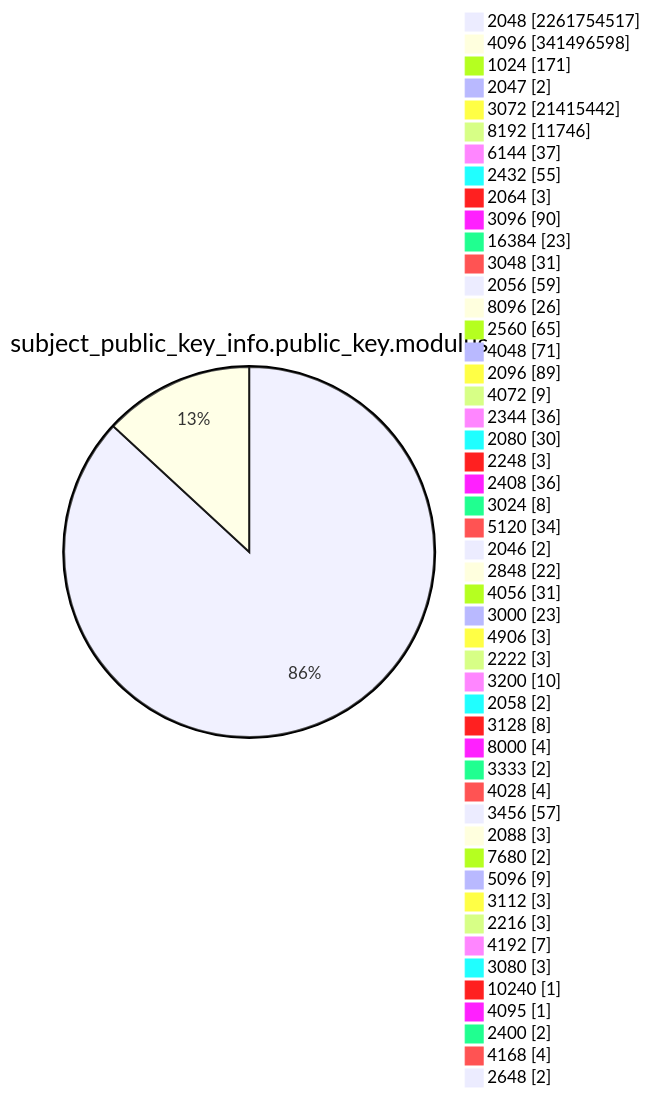
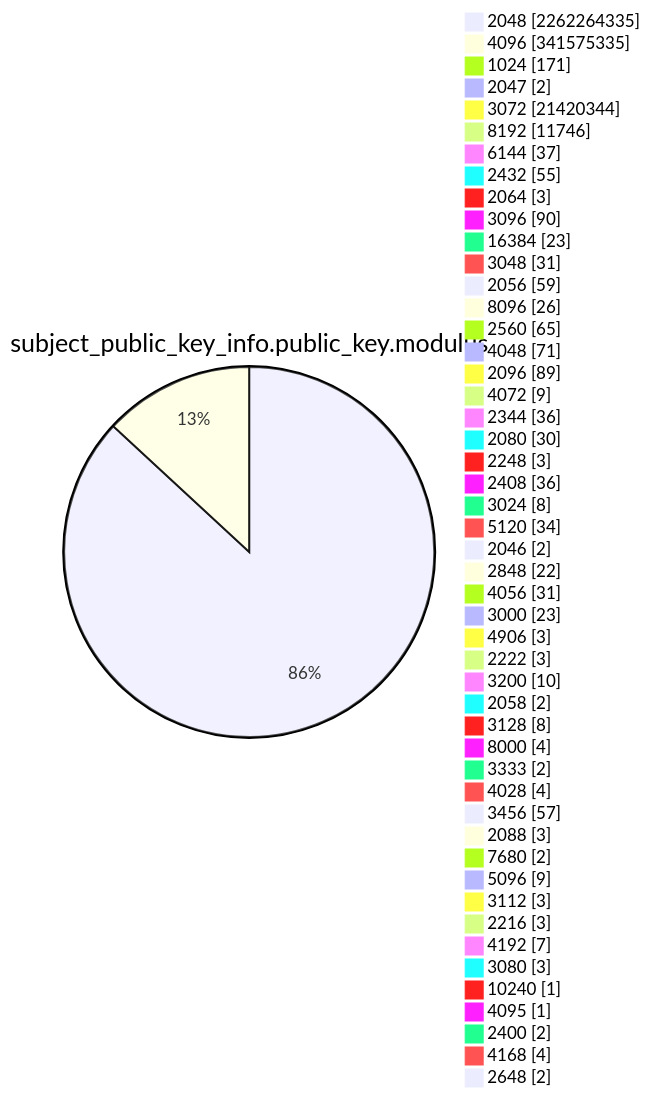
Diagram 13 of 15 in TOTAL/README.md (christiankrug/ctmonitor_visualization), drawn with Mermaid before and after one commit. The commit also changed other lines of this file, not shown here.

````diff
--- a/TOTAL/README.md
+++ b/TOTAL/README.md
@@ -4165,53 +4165,53 @@
 ```mermaid
 pie showData
 title subject_public_key_info.public_key.modulus
-"2048" :2261754517
-"4096" :341496598
+"2048" :2262264335
+"4096" :341575335
 "1024" :171
 "2047" :2
-"3072" :21415442
+"3072" :21420344
 "8192" :11746
 "6144" :37
 "2432" :55
 "2064" :3
 "3096" :90
 "16384" :23
 "3048" :31
 "2056" :59
 "8096" :26
 "2560" :65
 "4048" :71
 "2096" :89
 "4072" :9
 "2344" :36
 "2080" :30
 "2248" :3
 "2408" :36
 "3024" :8
 "5120" :34
 "2046" :2
 "2848" :22
 "4056" :31
 "3000" :23
 "4906" :3
 "2222" :3
 "3200" :10
 "2058" :2
 "3128" :8
 "8000" :4
 "3333" :2
 "4028" :4
 "3456" :57
 "2088" :3
 "7680" :2
 "5096" :9
 "3112" :3
 "2216" :3
 "4192" :7
 "3080" :3
 "10240" :1
 "4095" :1
 "2400" :2
 "4168" :4
 "2648" :2
 ```
````
